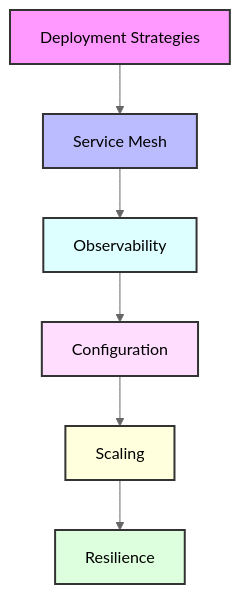
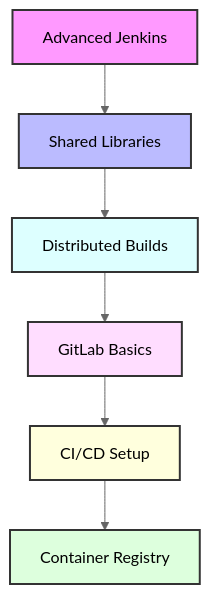
The diagram in days/day-13/README.md (dbsectrainer/devOps_tools), drawn with Mermaid (neutral theme) before and after one commit. The commit also changed other lines of this file and 35 other files, not shown here.

````diff
--- a/days/day-13/README.md
+++ b/days/day-13/README.md
@@ -6,15 +8,15 @@
 ```mermaid
 graph TD
-    A[Deployment Strategies] --> B[Service Mesh]
-    B --> C[Observability]
-    C --> D[Configuration]
-    D --> E[Scaling]
-    E --> F[Resilience]
+    A[Advanced Jenkins] --> B[Shared Libraries]
+    B --> C[Distributed Builds]
+    C --> D[GitLab Basics]
+    D --> E[CI/CD Setup]
+    E --> F[Container Registry]
 
     style A fill:#f9f,stroke:#333,stroke-width:2px
     style B fill:#bbf,stroke:#333,stroke-width:2px
     style C fill:#dff,stroke:#333,stroke-width:2px
     style D fill:#fdf,stroke:#333,stroke-width:2px
     style E fill:#ffd,stroke:#333,stroke-width:2px
     style F fill:#dfd,stroke:#333,stroke-width:2px
 ```
````
